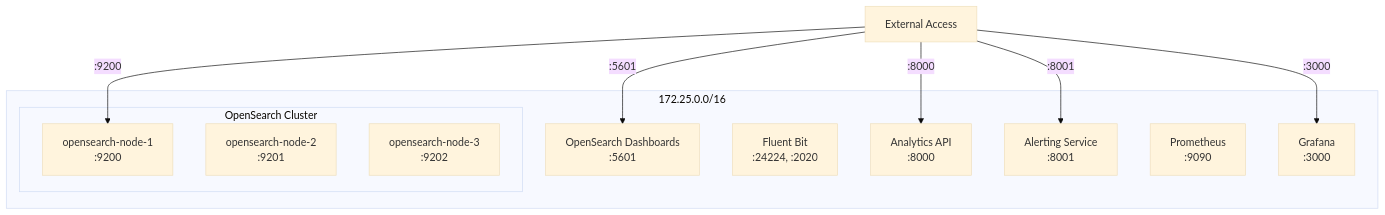
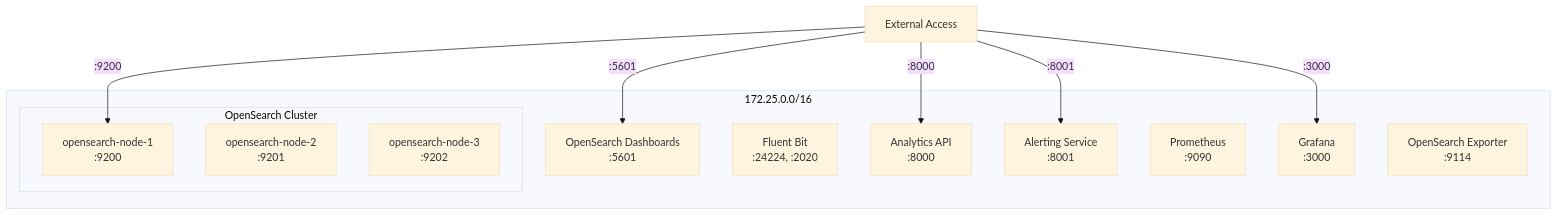
The second of 4 diagrams in docs/architecture/diagrams/system-architecture.md (balajir2/vaultize-analytics-dashboard), drawn with Mermaid (base theme) before and after one commit. The commit also changed other lines of this file and 26 other files, not shown here.

````diff
--- a/docs/architecture/diagrams/system-architecture.md
+++ b/docs/architecture/diagrams/system-architecture.md
@@ -47,23 +55,24 @@
 ```mermaid
 graph TB
     subgraph Docker Network - vaultize-network [172.25.0.0/16]
         subgraph OpenSearch Cluster
             OS1[opensearch-node-1<br/>:9200]
             OS2[opensearch-node-2<br/>:9201]
             OS3[opensearch-node-3<br/>:9202]
         end
 
         OSD[OpenSearch Dashboards<br/>:5601]
         FB[Fluent Bit<br/>:24224, :2020]
         API[Analytics API<br/>:8000]
         ALT[Alerting Service<br/>:8001]
         PM[Prometheus<br/>:9090]
         GF[Grafana<br/>:3000]
+        EXP[OpenSearch Exporter<br/>:9114]
     end
 
     EXT[External Access] --> |:5601| OSD
     EXT --> |:8000| API
     EXT --> |:8001| ALT
     EXT --> |:9200| OS1
     EXT --> |:3000| GF
 ```
````
